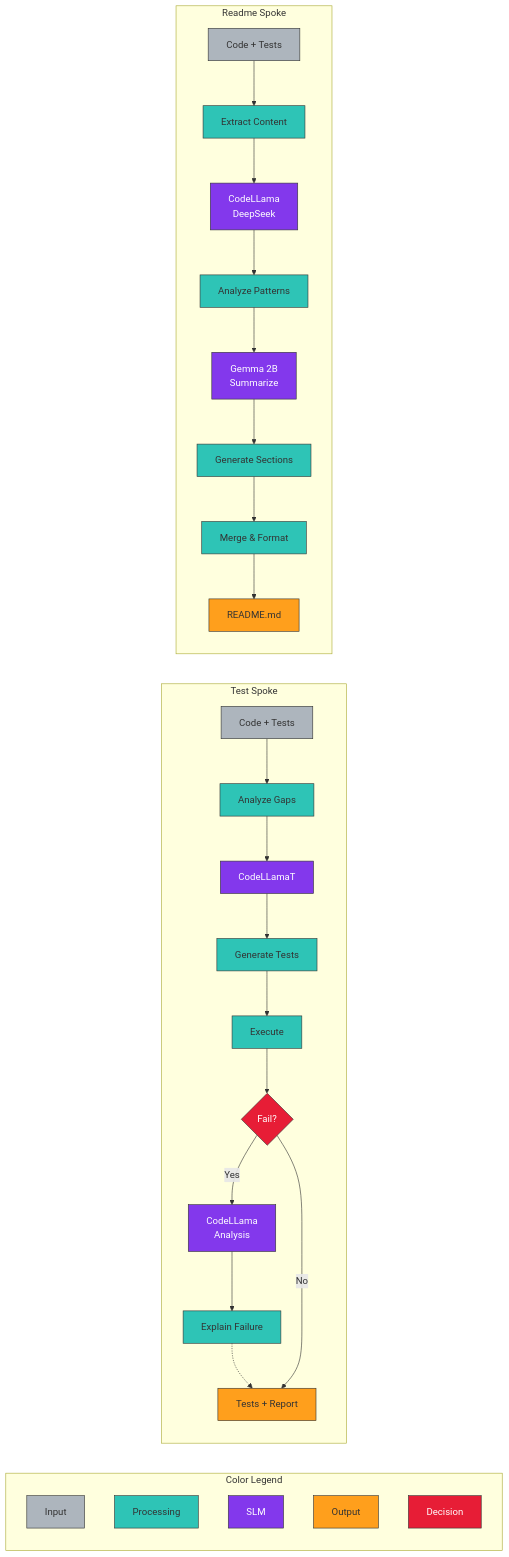
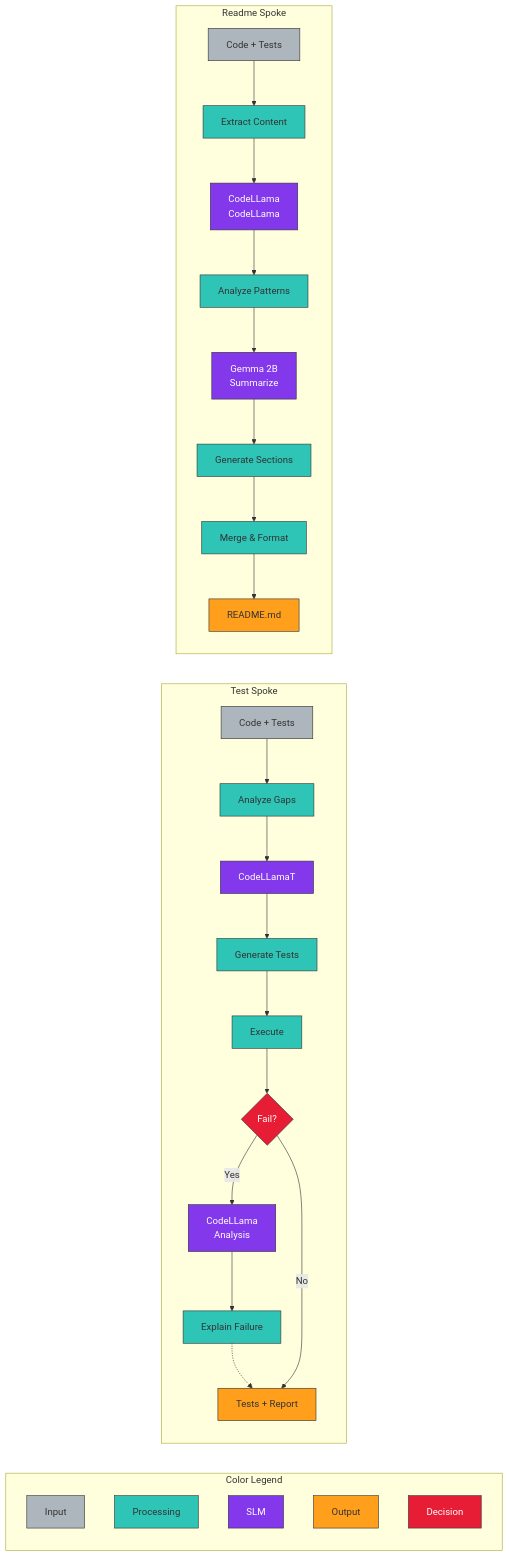
The diagram in docs/diagrams/comparison-flow.mmd (Drecoder/spoke-tool), drawn with Mermaid before and after one commit. The commit also changed other lines of this file, not shown here.

Commit message:
Update comparison flow diagram with CodeLLama changes

```diff
--- a/docs/diagrams/comparison-flow.mmd
+++ b/docs/diagrams/comparison-flow.mmd
@@ -1,58 +1,58 @@
 graph LR
     subgraph Legend [Color Legend]
         L1[Input]:::input
         L2[Processing]:::phase
         L3[SLM]:::slm
         L4[Output]:::output
         L5[Decision]:::decision
     end
 
     subgraph TestSpoke [Test Spoke]
         direction TB
         T_In[Code + Tests]:::input
         T_Analyze[Analyze Gaps]:::phase
         T_SLM1[CodeLLamaT<br/>]:::slm
         T_Generate[Generate Tests]:::phase
         T_Run[Execute]:::phase
         T_Decision{Fail?}:::decision
         T_SLM2[CodeLLama<br/>Analysis]:::slm
         T_Explain[Explain Failure]:::phase
         T_Out[Tests + Report]:::output
         
         T_In --> T_Analyze
         T_Analyze --> T_SLM1
         T_SLM1 --> T_Generate
         T_Generate --> T_Run
         T_Run --> T_Decision
         T_Decision -->|Yes| T_SLM2
         T_SLM2 --> T_Explain
         T_Explain -.-> T_Out
         T_Decision -->|No| T_Out
     end
     
     subgraph DocSpoke [Readme Spoke]
         direction TB
         D_In[Code + Tests]:::input
         D_Extract[Extract Content]:::phase
-        D_SLM1[CodeLLama<br/>DeepSeek]:::slm
+        D_SLM1[CodeLLama<br/>CodeLLama]:::slm
         D_Analyze[Analyze Patterns]:::phase
         D_SLM2[Gemma 2B<br/>Summarize]:::slm
         D_Generate[Generate Sections]:::phase
         D_Merge[Merge & Format]:::phase
         D_Out[README.md]:::output
         
         D_In --> D_Extract
         D_Extract --> D_SLM1
         D_SLM1 --> D_Analyze
         D_Analyze --> D_SLM2
         D_SLM2 --> D_Generate
         D_Generate --> D_Merge
         D_Merge --> D_Out
     end
 
     classDef input fill:#adb5bd,stroke:#333,color:#333
     classDef phase fill:#2ec4b6,stroke:#333,color:#333
     classDef slm fill:#8338ec,stroke:#333,color:#fff
     classDef output fill:#ff9f1c,stroke:#333,color:#333
 
     classDef decision fill:#e71d36,stroke:#333,color:#fff
```
